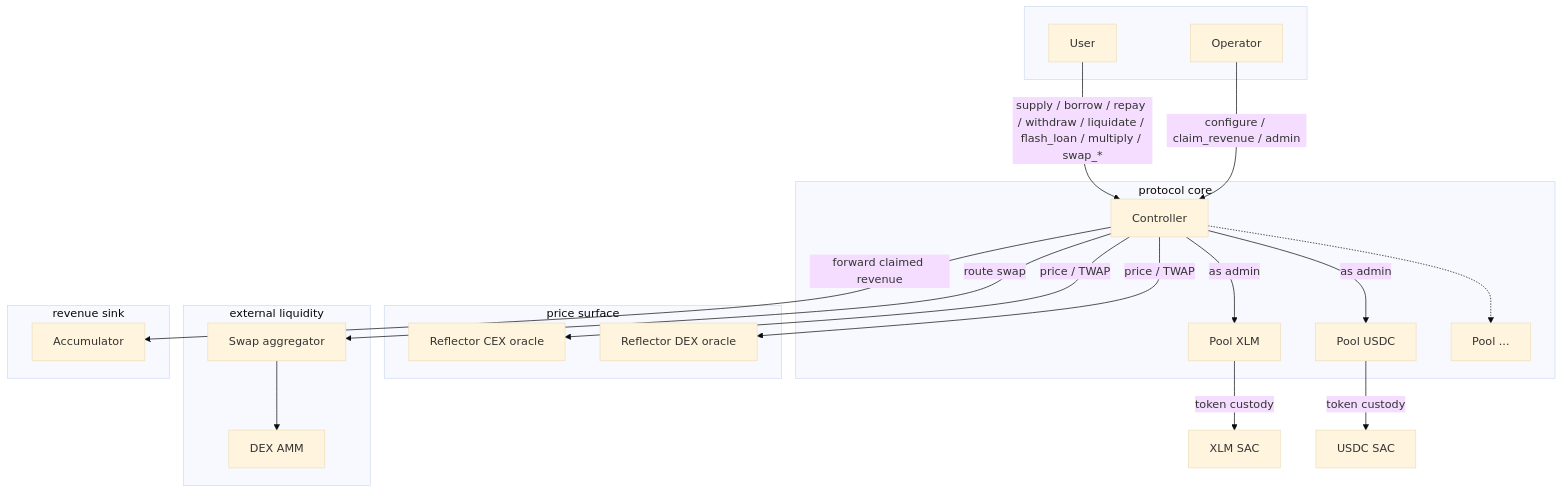
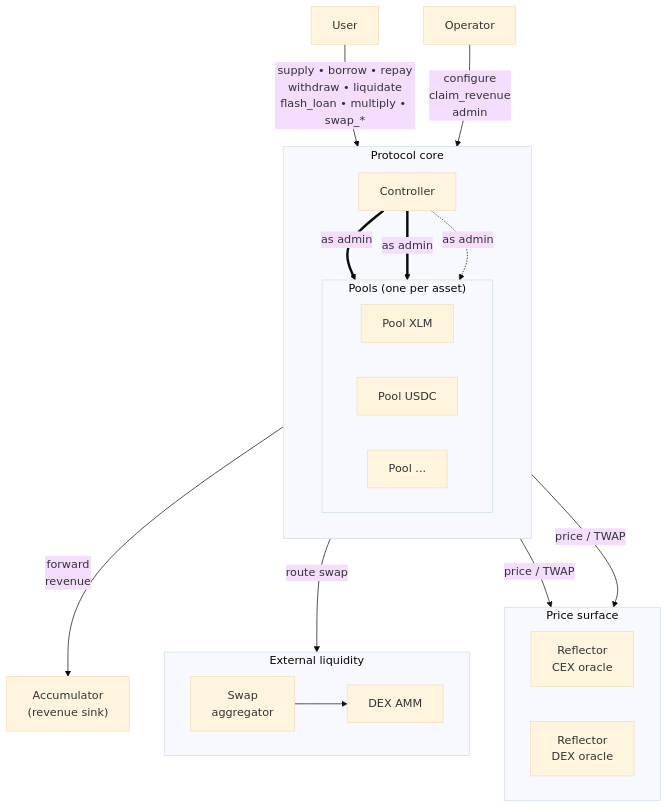
One commit to XOXNO/rs-lending-xlm changed the first of 9 diagrams in architecture/ARCHITECTURE.md. Above: the diagram before and after it, drawn with Mermaid (base theme). The commit also changed other lines of this file and 118 other files, not shown here.

````diff
--- a/architecture/ARCHITECTURE.md
+++ b/architecture/ARCHITECTURE.md
@@ -17,46 +14,45 @@
 ```mermaid
 flowchart TB
-    subgraph users[" "]
-        U[User]
-        Op[Operator]
+    U["User"]
+    Op["Operator"]
+
+    subgraph core["Protocol core"]
+        direction TB
+        Controller["Controller"]
+        subgraph pools["Pools (one per asset)"]
+            direction LR
+            PoolXLM["Pool XLM"]
+            PoolUSDC["Pool USDC"]
+            PoolN["Pool ..."]
+        end
     end
 
-    subgraph core["protocol core"]
-        Controller
-        PoolXLM[Pool XLM]
-        PoolUSDC[Pool USDC]
-        PoolN[Pool ...]
+    subgraph oracles["Price surface"]
+        direction LR
+        CEX["Reflector<br/>CEX oracle"]
+        DEX["Reflector<br/>DEX oracle"]
     end
 
-    subgraph oracles["price surface"]
-        CEX[Reflector CEX oracle]
-        DEX[Reflector DEX oracle]
+    subgraph external["External liquidity"]
+        direction LR
+        Agg["Swap<br/>aggregator"]
+        AMM["DEX AMM"]
     end
 
-    subgraph external["external liquidity"]
-        Agg[Swap aggregator]
-        AMM[DEX AMM]
-    end
+    Acc["Accumulator<br/>(revenue sink)"]
 
-    subgraph revenue["revenue sink"]
-        Acc[Accumulator]
-    end
+    U -->|"supply • borrow • repay<br/>withdraw • liquidate<br/>flash_loan • multiply • swap_*"| Controller
+    Op -->|"configure<br/>claim_revenue<br/>admin"| Controller
 
-    U -->|supply / borrow / repay / withdraw / liquidate / flash_loan / multiply / swap_*| Controller
-    Op -->|configure / claim_revenue / admin| Controller
+    Controller ==>|"as admin"| PoolXLM
+    Controller ==>|"as admin"| PoolUSDC
+    Controller -.->|"as admin"| PoolN
 
-    Controller -->|as admin| PoolXLM
-    Controller -->|as admin| PoolUSDC
-    Controller -.-> PoolN
+    Controller -->|"price / TWAP"| CEX
+    Controller -->|"price / TWAP"| DEX
 
-    Controller -->|price / TWAP| CEX
-    Controller -->|price / TWAP| DEX
-
-    Controller -->|route swap| Agg
+    Controller -->|"route swap"| Agg
     Agg --> AMM
 
-    Controller -->|forward claimed revenue| Acc
-
-    PoolXLM -->|token custody| XLMSAC[XLM SAC]
-    PoolUSDC -->|token custody| USDCSAC[USDC SAC]
+    Controller -->|"forward<br/>revenue"| Acc
 ```
````
